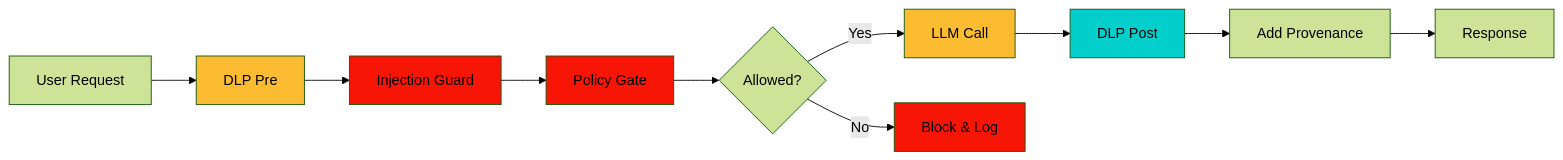
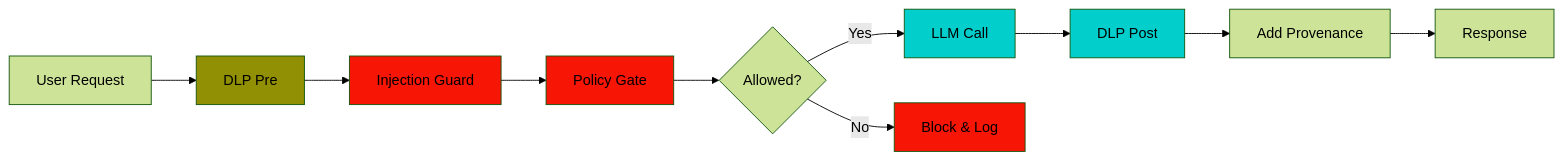
The diagram in labs/01-pii-safe-summarizer/README.md (SP-Autonomy/ai-security-labs-handbook), drawn with Mermaid (forest theme) before and after one commit.

Commit message:
Improved README readability

````diff
--- a/labs/01-pii-safe-summarizer/README.md
+++ b/labs/01-pii-safe-summarizer/README.md
@@ -239,19 +239,19 @@
 ```mermaid
 graph LR
     A[User Request] --> B[DLP Pre]
     B --> C[Injection Guard]
     C --> D[Policy Gate]
     D --> E{Allowed?}
     E -->|Yes| F[LLM Call]
     E -->|No| G[Block & Log]
     F --> H[DLP Post]
     H --> I[Add Provenance]
     I --> J[Response]
     
-    style B fill:#fcbc32
+    style B fill:#918f03
     style C fill:#f71505
     style D fill:#f71505
-    style F fill:#fcbc32
+    style F fill:#02cfcb
     style H fill:#02cfcb
     style G fill:#f71505
 ```
````
